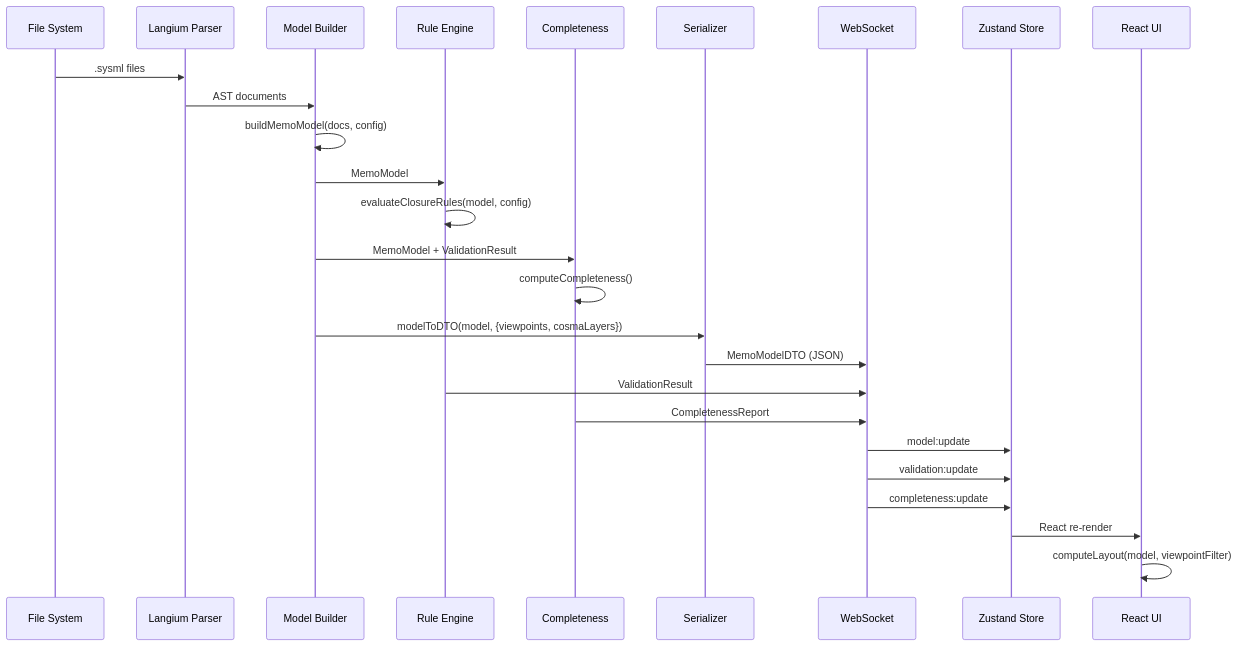
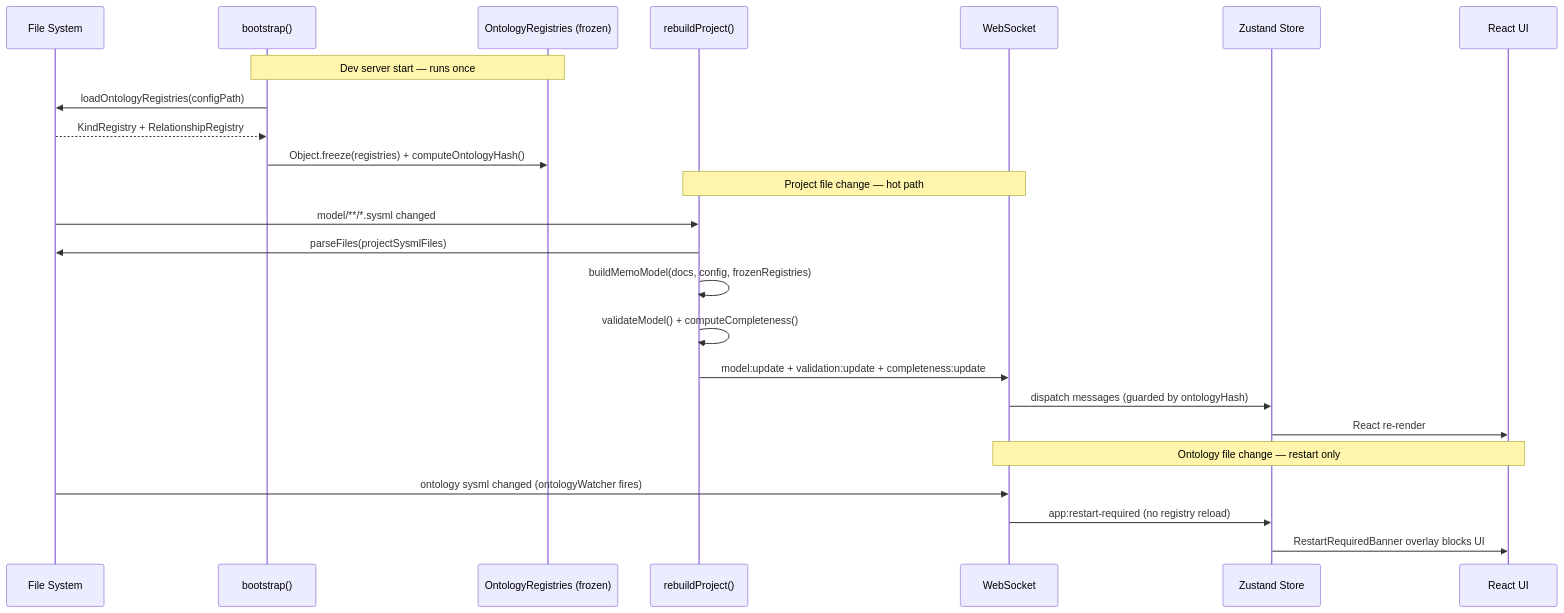
One commit to memoarchitect/memo-architect changed the first of 2 diagrams in docs/src/developers/architecture/data-flow.md. Above: the diagram before and after it, drawn with Mermaid. The commit also changed other lines of this file and 4 other files, not shown here.

````diff
--- a/docs/src/developers/architecture/data-flow.md
+++ b/docs/src/developers/architecture/data-flow.md
@@ -7,29 +9,29 @@
 ```mermaid
 sequenceDiagram
     participant FS as File System
-    participant Parser as Langium Parser
-    participant Builder as Model Builder
-    participant Validator as Rule Engine
-    participant Complete as Completeness
-    participant DTO as Serializer
+    participant Boot as bootstrap()
+    participant OntReg as OntologyRegistries (frozen)
+    participant Rebuild as rebuildProject()
     participant WS as WebSocket
     participant Store as Zustand Store
     participant UI as React UI
 
-    FS->>Parser: .sysml files
-    Parser->>Builder: AST documents
-    Builder->>Builder: buildMemoModel(docs, config)
-    Builder->>Validator: MemoModel
-    Validator->>Validator: evaluateClosureRules(model, config)
-    Builder->>Complete: MemoModel + ValidationResult
-    Complete->>Complete: computeCompleteness()
-    Builder->>DTO: modelToDTO(model, {viewpoints, cosmaLayers})
-    DTO->>WS: MemoModelDTO (JSON)
-    Validator->>WS: ValidationResult
-    Complete->>WS: CompletenessReport
-    WS->>Store: model:update
-    WS->>Store: validation:update
-    WS->>Store: completeness:update
+    Note over Boot,OntReg: Dev server start — runs once
+    Boot->>FS: loadOntologyRegistries(configPath)
+    FS-->>Boot: KindRegistry + RelationshipRegistry
+    Boot->>OntReg: Object.freeze(registries) + computeOntologyHash()
+
+    Note over Rebuild,WS: Project file change — hot path
+    FS->>Rebuild: model/**/*.sysml changed
+    Rebuild->>FS: parseFiles(projectSysmlFiles)
+    Rebuild->>Rebuild: buildMemoModel(docs, config, frozenRegistries)
+    Rebuild->>Rebuild: validateModel() + computeCompleteness()
+    Rebuild->>WS: model:update + validation:update + completeness:update
+    WS->>Store: dispatch messages (guarded by ontologyHash)
     Store->>UI: React re-render
-    UI->>UI: computeLayout(model, viewpointFilter)
+
+    Note over WS,UI: Ontology file change — restart only
+    FS->>WS: ontology sysml changed (ontologyWatcher fires)
+    WS->>Store: app:restart-required (no registry reload)
+    Store->>UI: RestartRequiredBanner overlay blocks UI
 ```
````
